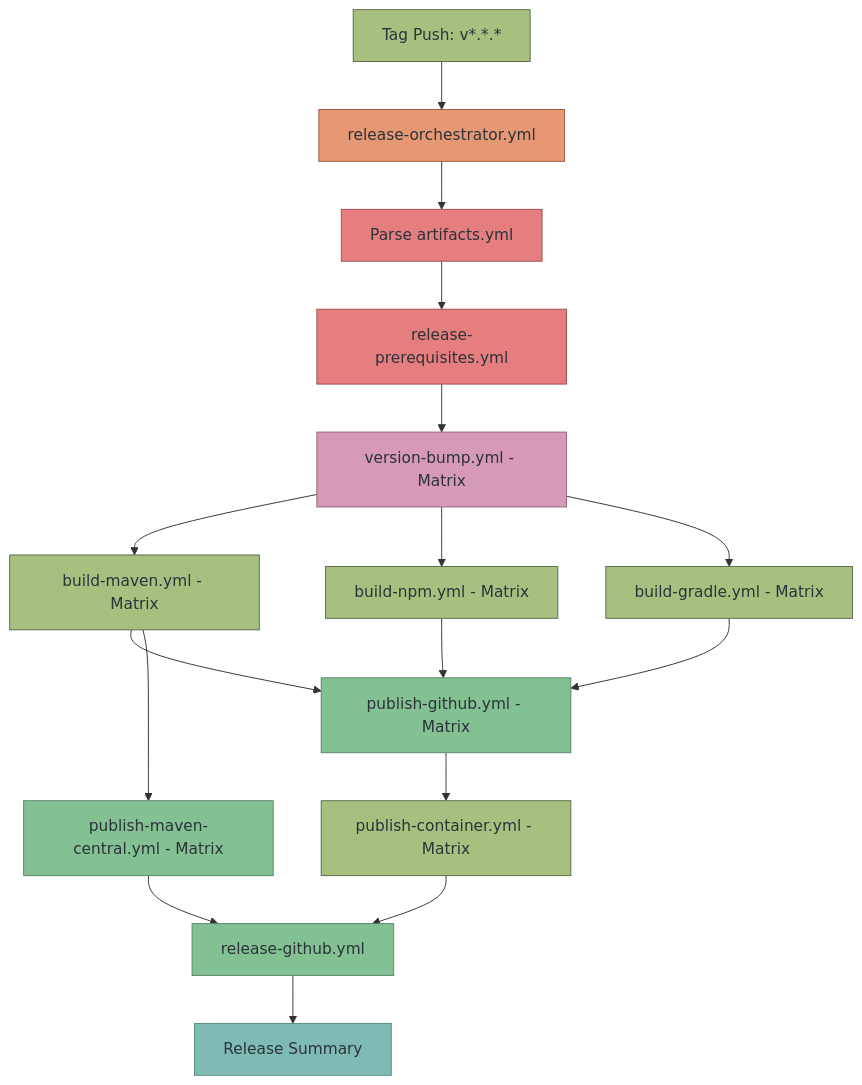
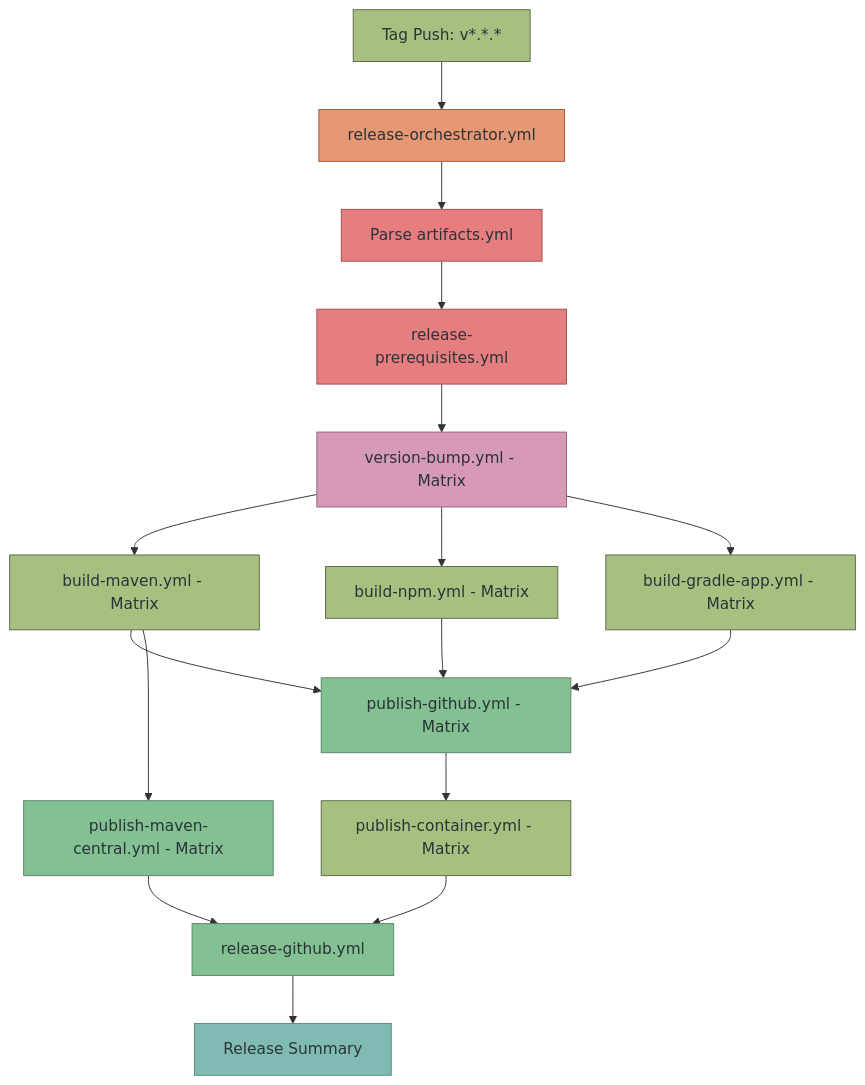
The second of 6 diagrams in docs/workflows.md (diggsweden/reusable-ci), drawn with Mermaid before and after one commit. The commit also changed 11 other files, not shown here.

````diff
--- a/docs/workflows.md
+++ b/docs/workflows.md
@@ -36,38 +36,38 @@
 ```mermaid
 graph TD
     A[Tag Push: v*.*.* ] --> B[release-orchestrator.yml]
     B --> C[Parse artifacts.yml]
     C --> D[release-prerequisites.yml]
     D --> E[version-bump.yml - Matrix]
 
     E --> F[build-maven.yml - Matrix]
     E --> G[build-npm.yml - Matrix]
-    E --> H[build-gradle.yml - Matrix]
+    E --> H[build-gradle-app.yml - Matrix]
 
     F --> I[publish-github.yml - Matrix]
     G --> I
     H --> I
 
     F --> J[publish-maven-central.yml - Matrix]
 
     I --> K[publish-container.yml - Matrix]
 
     K --> L[release-github.yml]
     J --> L
 
     L --> M[Release Summary]
 
     style A fill:#a7c080,stroke:#5c6a4a,color:#2b3339
     style B fill:#e69875,stroke:#9d5c41,color:#2b3339
     style C fill:#e67e80,stroke:#9d4f50,color:#2b3339
     style D fill:#e67e80,stroke:#9d4f50,color:#2b3339
     style E fill:#d699b6,stroke:#93647c,color:#2b3339
     style F fill:#a7c080,stroke:#5c6a4a,color:#2b3339
     style G fill:#a7c080,stroke:#5c6a4a,color:#2b3339
     style H fill:#a7c080,stroke:#5c6a4a,color:#2b3339
     style I fill:#83c092,stroke:#5c856a,color:#2b3339
     style J fill:#83c092,stroke:#5c856a,color:#2b3339
     style K fill:#a7c080,stroke:#5c6a4a,color:#2b3339
     style L fill:#83c092,stroke:#5c856a,color:#2b3339
     style M fill:#7fbbb3,stroke:#5a8a82,color:#2b3339
 ```
````
